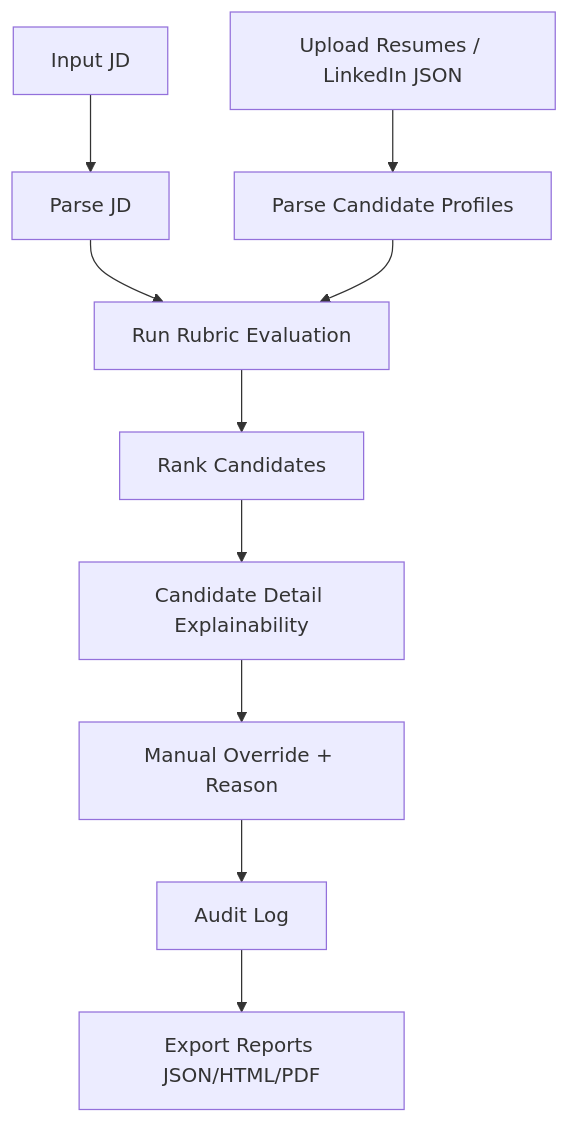
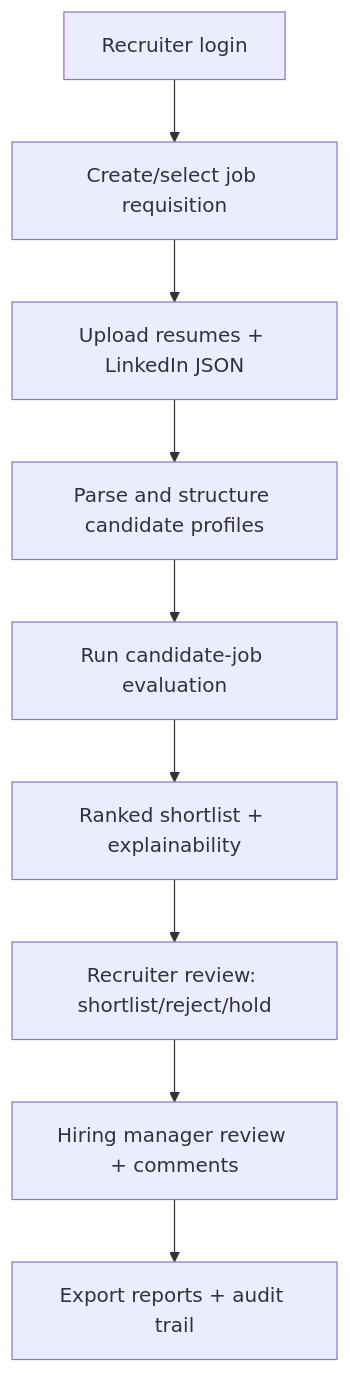
The second of 2 diagrams in README.md (shaguntalwar17/HR-Resume-and-LinkedIn-Shortlisting-Agent), drawn with Mermaid before and after one commit. The commit also changed other lines of this file and 73 other files, not shown here.

````diff
--- a/README.md
+++ b/README.md
@@ -64,12 +51,11 @@
 ```mermaid
 flowchart TD
-  JD[Input JD] --> JDP[Parse JD]
-  CAND[Upload Resumes / LinkedIn JSON] --> CP[Parse Candidate Profiles]
-  JDP --> EVAL[Run Rubric Evaluation]
-  CP --> EVAL
-  EVAL --> RANK[Rank Candidates]
-  RANK --> DETAIL[Candidate Detail Explainability]
-  DETAIL --> OVR[Manual Override + Reason]
-  OVR --> AUDIT[Audit Log]
-  AUDIT --> REP[Export Reports JSON/HTML/PDF]
+  A[Recruiter login] --> B[Create/select job requisition]
+  B --> C[Upload resumes + LinkedIn JSON]
+  C --> D[Parse and structure candidate profiles]
+  D --> E[Run candidate-job evaluation]
+  E --> F[Ranked shortlist + explainability]
+  F --> G[Recruiter review: shortlist/reject/hold]
+  G --> H[Hiring manager review + comments]
+  H --> I[Export reports + audit trail]
 ```
````
